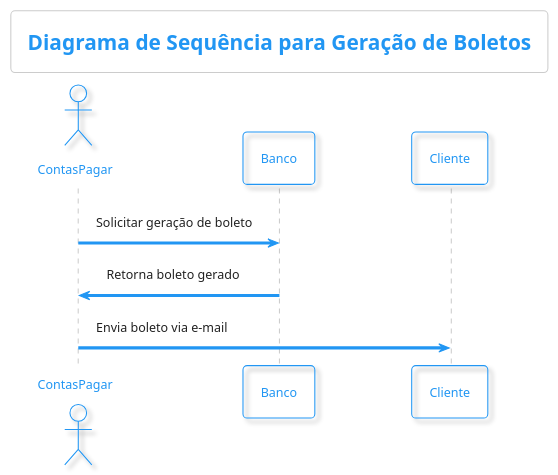
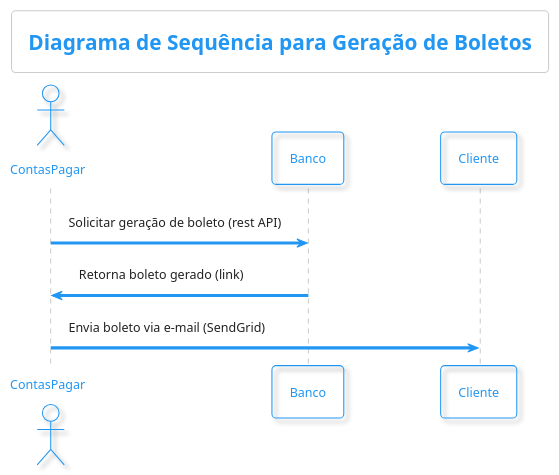
One commit to samoryfiotec/Editora changed the diagram in docs/Sequence_Geracao.puml. Above: the diagram before and after it, drawn with PlantUML. The commit also changed 30 other files, not shown here.

```diff
--- a/docs/Sequence_Geracao.puml
+++ b/docs/Sequence_Geracao.puml
@@ -1,11 +1,11 @@
 @startuml DiagramaSequencia
 !theme materia-outline
 title Diagrama de Sequência para Geração de Boletos
 actor       ContasPagar  as conta
 participant       Banco         as banco
 participant       Cliente       as cliente
-conta -> banco : Solicitar geração de boleto
-banco -> conta : Retorna boleto gerado
-conta -> cliente : Envia boleto via e-mail
+conta -> banco : Solicitar geração de boleto (rest API)
+banco -> conta : Retorna boleto gerado (link)
+conta -> cliente : Envia boleto via e-mail (SendGrid)
 
 @enduml
```
